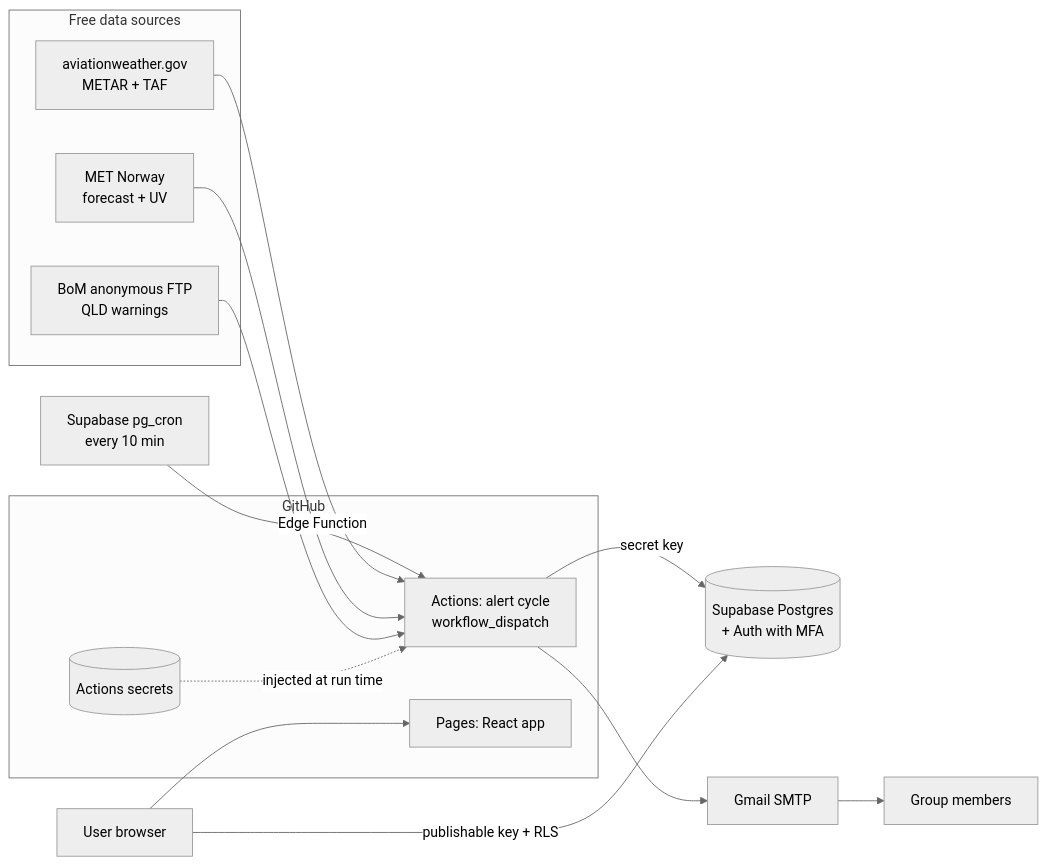
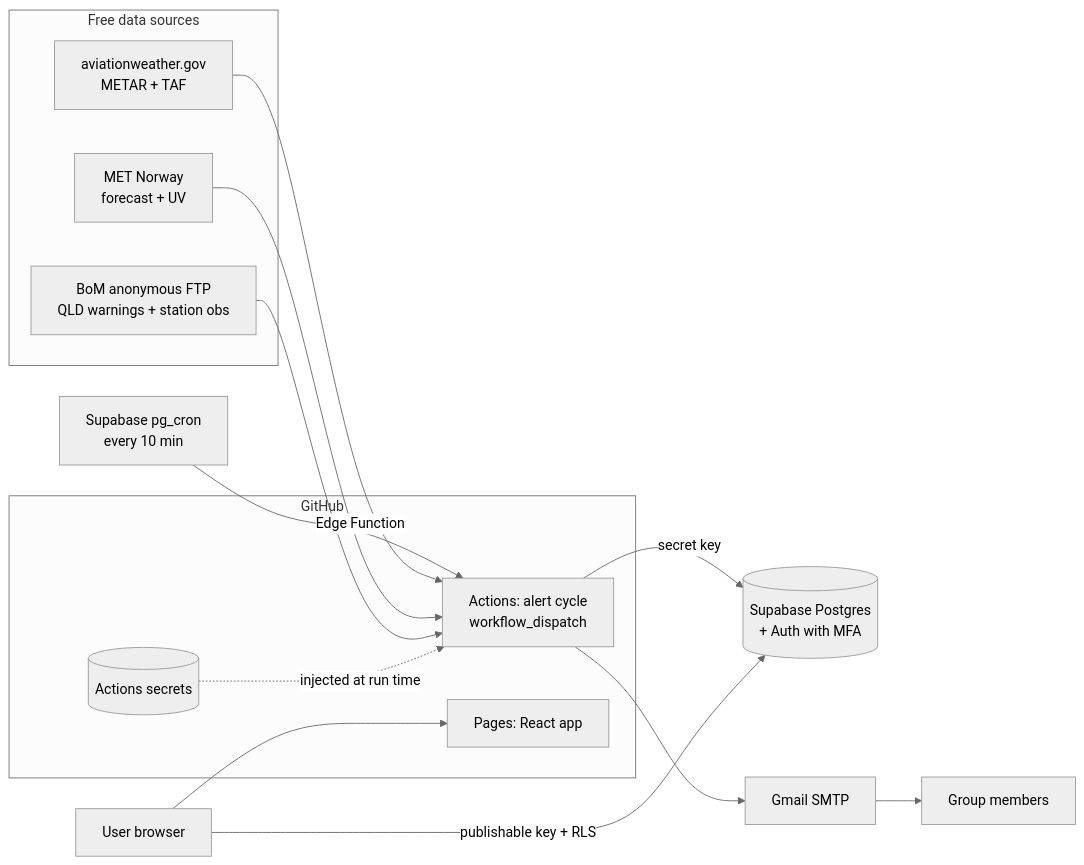
The diagram in README.md (tom-bakker/brisbane-weather-alert-app), drawn with Mermaid (neutral theme) before and after one commit. The commit also changed other lines of this file and 26 other files, not shown here.

````diff
--- a/README.md
+++ b/README.md
@@ -27,24 +27,24 @@
 ```mermaid
 flowchart LR
   subgraph Free data sources
     AWC[aviationweather.gov<br/>METAR + TAF]
     MET[MET Norway<br/>forecast + UV]
-    BOM[BoM anonymous FTP<br/>QLD warnings]
+    BOM[BoM anonymous FTP<br/>QLD warnings + station obs]
   end
   subgraph GitHub
     JOB[Actions: alert cycle<br/>workflow_dispatch]
     PAGES[Pages: React app]
     SEC[(Actions secrets)]
   end
   DB[(Supabase Postgres<br/>+ Auth with MFA)]
   CRON[Supabase pg_cron<br/>every 10 min] -->|Edge Function| JOB
   GMAIL[Gmail SMTP]
   U[User browser]
 
   AWC & MET & BOM --> JOB
   SEC -. injected at run time .-> JOB
   JOB -->|secret key| DB
   JOB --> GMAIL --> R[Group members]
   U --> PAGES
   U -->|publishable key + RLS| DB
 ```
````
